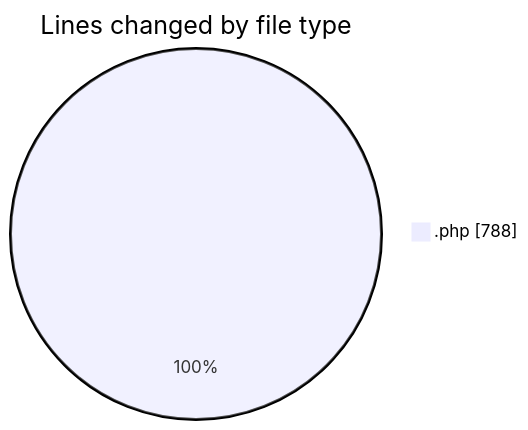
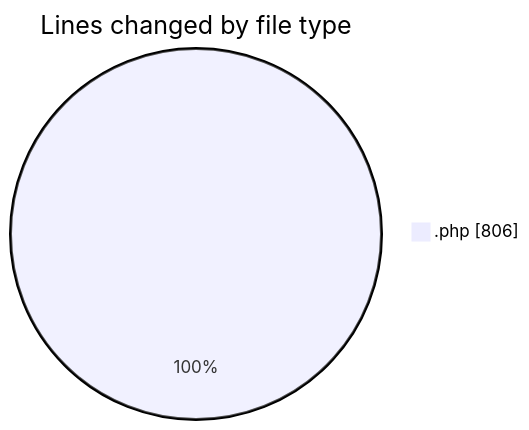
The first of 2 diagrams in 2026-07-29/untitled__workspace_/README.md (debugP/code-tracking), drawn with Mermaid before and after one commit. The commit also changed other lines of this file and 1 other file, not shown here.

````diff
--- a/2026-07-29/untitled__workspace_/README.md
+++ b/2026-07-29/untitled__workspace_/README.md
@@ -20,5 +20,5 @@
 ```mermaid
 pie showData
 title Lines changed by file type
-".php" : 788
+".php" : 806
 ```
````
